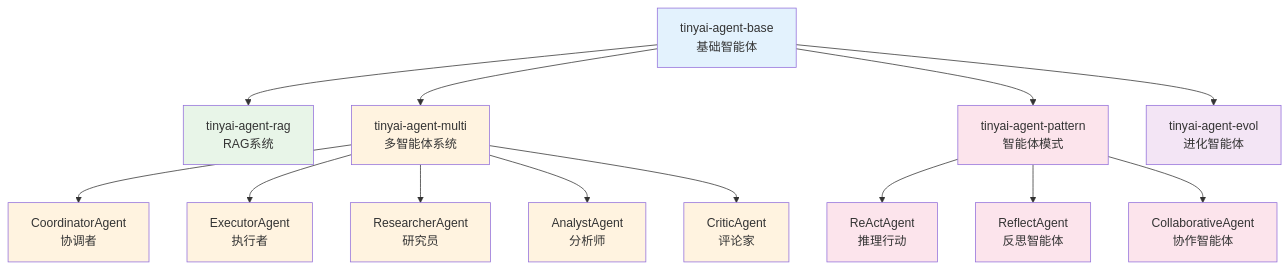
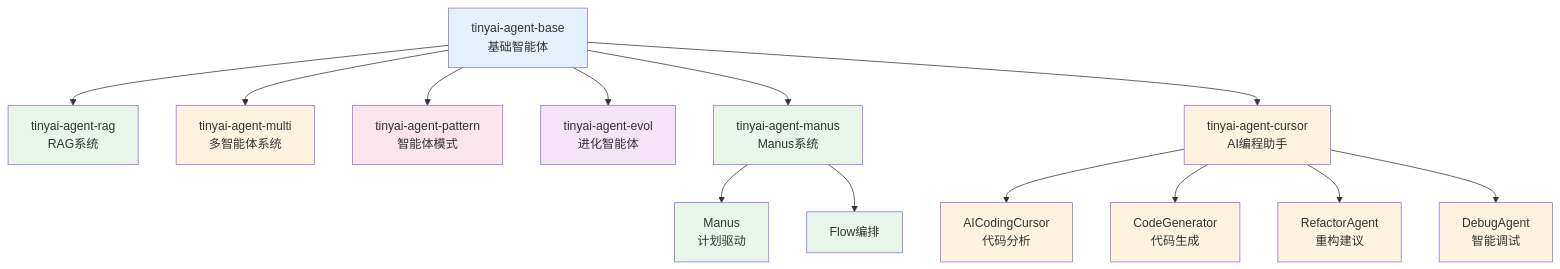
Before and after one commit to Leavesfly/TinyAI: the third of 6 diagrams in .qoder/repowiki/zh/content/技术架构/构建系统与模块化/模块化配置.md, drawn with Mermaid. The commit also changed other lines of this file and 40 other files, not shown here.

````diff
--- a/.qoder/repowiki/zh/content/技术架构/构建系统与模块化/模块化配置.md
+++ b/.qoder/repowiki/zh/content/技术架构/构建系统与模块化/模块化配置.md
@@ -221,28 +223,28 @@
 ```mermaid
 graph TB
 A[tinyai-agent-base<br/>基础智能体] --> B[tinyai-agent-rag<br/>RAG系统]
 A --> C[tinyai-agent-multi<br/>多智能体系统]
 A --> D[tinyai-agent-pattern<br/>智能体模式]
 A --> E[tinyai-agent-evol<br/>进化智能体]
-C --> F[CoordinatorAgent<br/>协调者]
-C --> G[ExecutorAgent<br/>执行者]
-C --> H[ResearcherAgent<br/>研究员]
-C --> I[AnalystAgent<br/>分析师]
-C --> J[CriticAgent<br/>评论家]
-D --> K[ReActAgent<br/>推理行动]
-D --> L[ReflectAgent<br/>反思智能体]
-D --> M[CollaborativeAgent<br/>协作智能体]
+A --> F[tinyai-agent-manus<br/>Manus系统]
+A --> G[tinyai-agent-cursor<br/>AI编程助手]
+F --> H[Manus<br/>计划驱动]
+F --> I[Flow编排]
+G --> J[AICodingCursor<br/>代码分析]
+G --> K[CodeGenerator<br/>代码生成]
+G --> L[RefactorAgent<br/>重构建议]
+G --> M[DebugAgent<br/>智能调试]
 style A fill:#e3f2fd
 style B fill:#e8f5e8
 style C fill:#fff3e0
 style D fill:#fce4ec
 style E fill:#f3e5f5
-style F fill:#fff3e0
+style F fill:#e8f5e8
 style G fill:#fff3e0
-style H fill:#fff3e0
-style I fill:#fff3e0
+style H fill:#e8f5e8
+style I fill:#e8f5e8
 style J fill:#fff3e0
-style K fill:#fce4ec
-style L fill:#fce4ec
-style M fill:#fce4ec
+style K fill:#fff3e0
+style L fill:#fff3e0
+style M fill:#fff3e0
 ```
````
